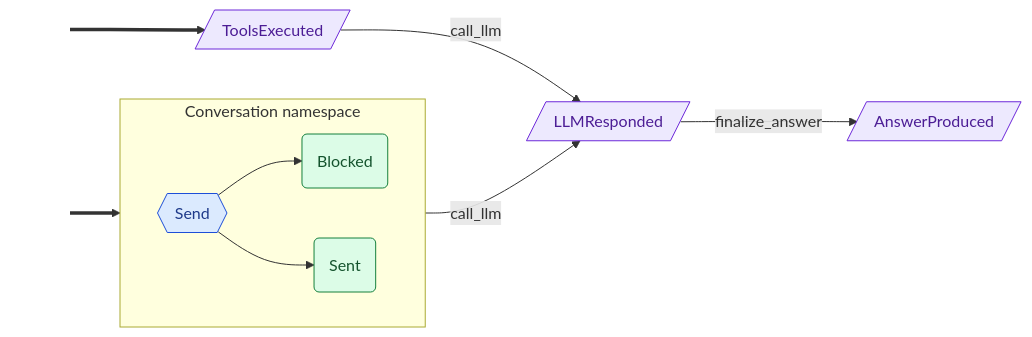
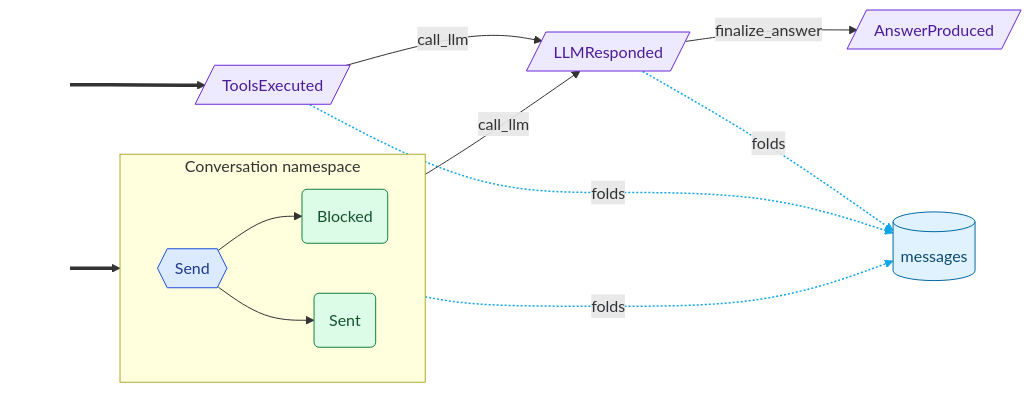
Before and after one commit to cadance-io/langgraph-events: the second of 2 diagrams in examples/conversation.graph.md, drawn with Mermaid. The commit also changed other lines of this file and 20 other files, not shown here.

First line of the commit message:
feat: focused diagrams, reducers in the namespace model, and node notes (#199)

````diff
--- a/examples/conversation.graph.md
+++ b/examples/conversation.graph.md
@@ -50,27 +58,33 @@
 ```mermaid
 graph LR
     classDef entry fill:none,stroke:none,color:none
     classDef cmd fill:#dbeafe,stroke:#1d4ed8,color:#1e3a8a
     classDef devt fill:#dcfce7,stroke:#15803d,color:#14532d
     classDef intg fill:#ede9fe,stroke:#6d28d9,color:#4c1d95
     classDef syst fill:#fef3c7,stroke:#b45309,color:#78350f
     classDef halt fill:#fef3c7,stroke:#b45309,color:#78350f,stroke-width:3px,stroke-dasharray:4 2
     classDef inv fill:#ffedd5,stroke:#c2410c,color:#7c2d12
+    classDef reducer fill:#e0f2fe,stroke:#0369a1,color:#0c4a6e
     subgraph Conversation["Conversation namespace"]
         direction LR
         Blocked(Blocked):::devt
         Send{{Send}}:::cmd
         Sent(Sent):::devt
     end
     AnswerProduced[/AnswerProduced/]:::intg
     LLMResponded[/LLMResponded/]:::intg
     ToolsExecuted[/ToolsExecuted/]:::intg
+    _reducer_messages[(messages)]:::reducer
     _e0_[ ]:::entry ==> Send
     _e1_[ ]:::entry ==> ToolsExecuted
     Send --> Sent
     Send --> Blocked
     Sent -->|call_llm| LLMResponded
     ToolsExecuted -->|call_llm| LLMResponded
     LLMResponded -->|finalize_answer| AnswerProduced
+    Sent -.->|folds| _reducer_messages
+    LLMResponded -.->|folds| _reducer_messages
+    ToolsExecuted -.->|folds| _reducer_messages
 %% Side-effect handlers: audit_trail (Auditable)
+    linkStyle 7,8,9 stroke:#0ea5e9,stroke-width:1.5px,stroke-dasharray:2 2
 ```
````
